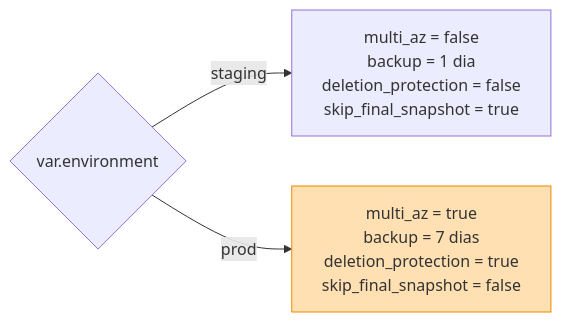
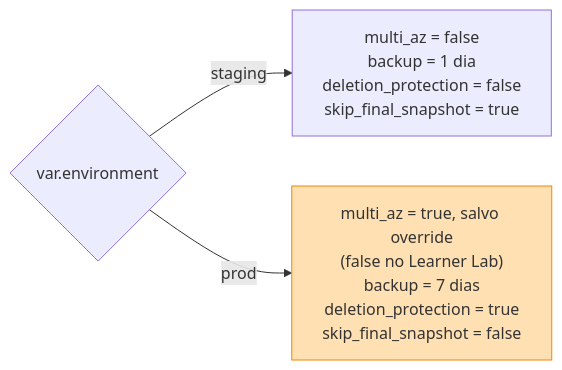
The third of 3 diagrams in README.md (Kc1t/postech-tc3-infra-database), drawn with Mermaid before and after one commit. The commit also changed other lines of this file and 1 other file, not shown here.

````diff
--- a/README.md
+++ b/README.md
@@ -136,8 +139,8 @@
 ```mermaid
 flowchart LR
     env{"var.environment"}
     env -->|staging| s["multi_az = false<br/>backup = 1 dia<br/>deletion_protection = false<br/>skip_final_snapshot = true"]
-    env -->|prod| p["multi_az = true<br/>backup = 7 dias<br/>deletion_protection = true<br/>skip_final_snapshot = false"]
+    env -->|prod| p["multi_az = true, salvo override<br/>(false no Learner Lab)<br/>backup = 7 dias<br/>deletion_protection = true<br/>skip_final_snapshot = false"]
 
     style p fill:#ffe0b2,stroke:#e80
 ```
````
